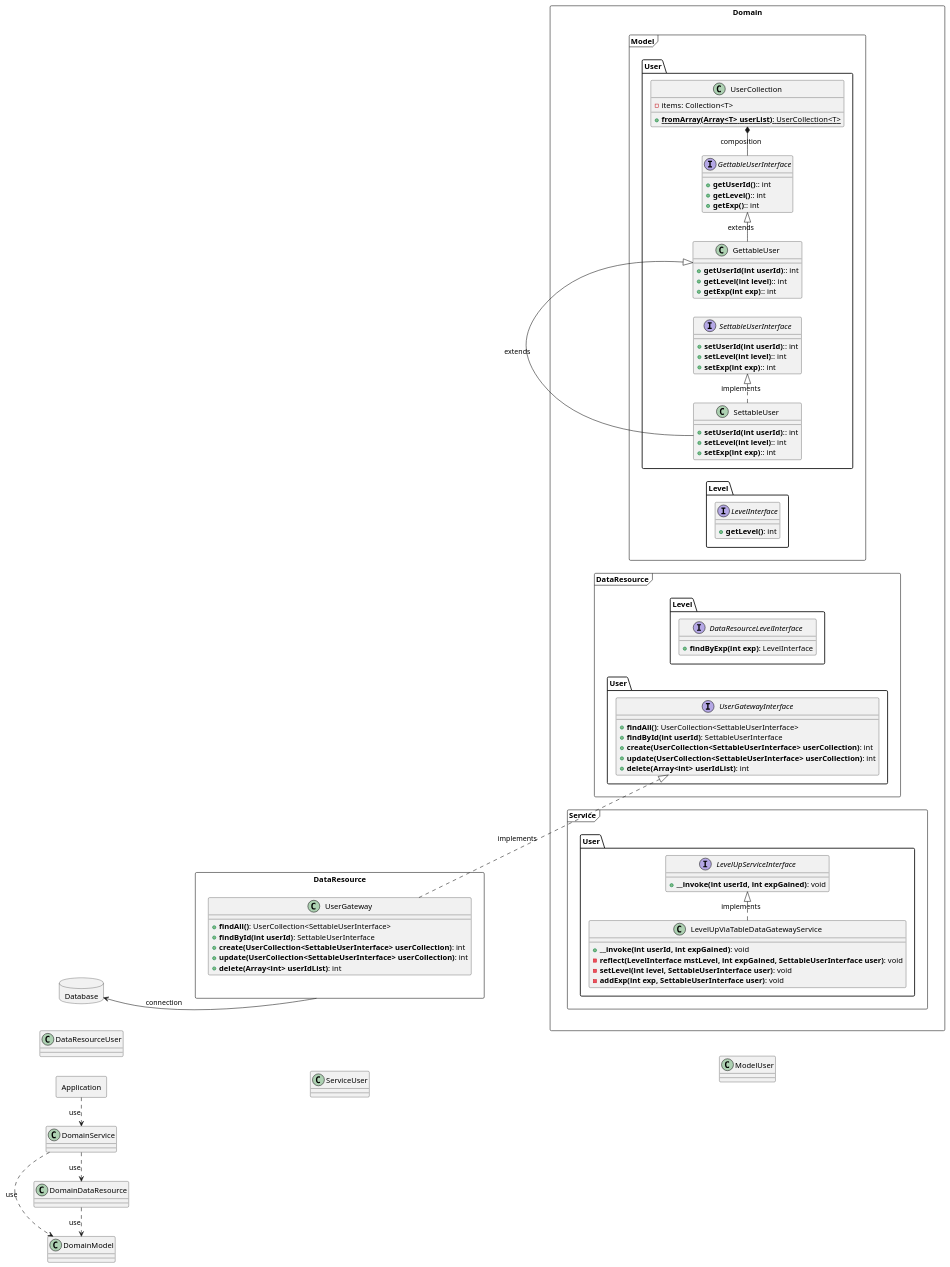
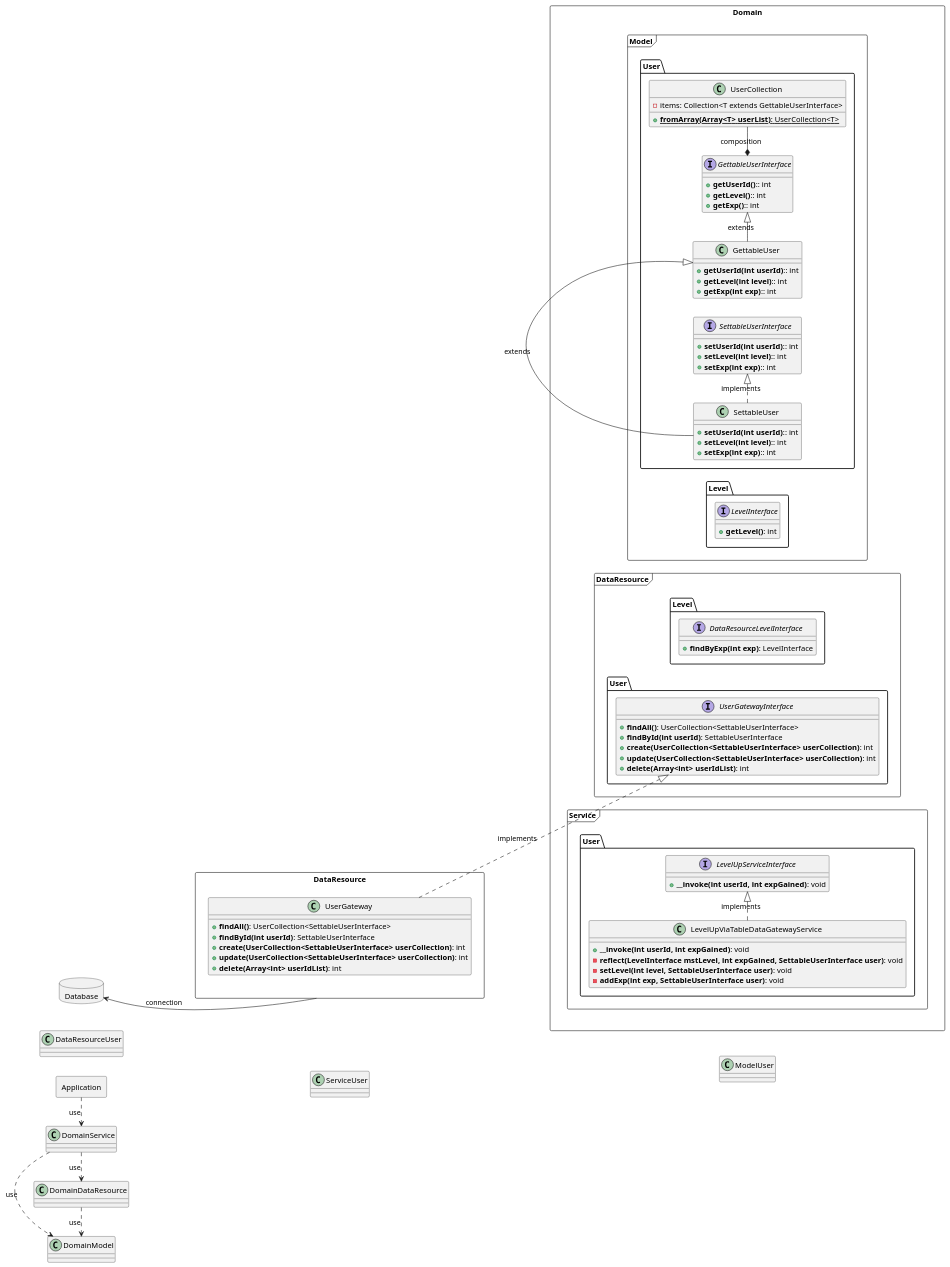
The diagram in src/puml/classDiagram/userTableDataGateway.puml (mexican-particles/mogmog), drawn with PlantUML before and after one commit. The commit also changed 11 other files, not shown here.

```diff
--- a/src/puml/classDiagram/userTableDataGateway.puml
+++ b/src/puml/classDiagram/userTableDataGateway.puml
@@ -1,120 +1,120 @@
 @startuml
 'https://plantuml.com/class-diagram
 
 left to right direction
 
 Application --[hidden]down> ServiceUser
 Domain --[hidden]up> DataResource
 DataResource --[hidden]up> Database
 
 ServiceUser --[hidden]down> ModelUser
 ServiceUser --[hidden]up> DataResourceUser
 ModelUser --[hidden]up> DataResourceUser
 
 Application .> DomainService: use
 DomainService .> DomainDataResource: use
 DomainService .> DomainModel: use
 DomainDataResource .> DomainModel: use
 
 package Application <<Rectangle>> {
 }
 
 package Domain <<Rectangle>> {
     package Model as DomainModel <<Frame>> {
         package User as ModelUser <<Folder>> {
             class UserCollection {
-                - items: Collection<T>
+                - items: Collection<T extends GettableUserInterface>
                 + {static} **fromArray(Array<T> userList)**: UserCollection<T>
             }
 
             interface GettableUserInterface {
                 + **getUserId()**:: int
                 + **getLevel()**:: int
                 + **getExp()**:: int
             }
 
             class GettableUser {
                 + **getUserId(int userId)**:: int
                 + **getLevel(int level)**:: int
                 + **getExp(int exp)**:: int
             }
 
             interface SettableUserInterface {
                 + **setUserId(int userId)**:: int
                 + **setLevel(int level)**:: int
                 + **setExp(int exp)**:: int
             }
 
             class SettableUser {
                 + **setUserId(int userId)**:: int
                 + **setLevel(int level)**:: int
                 + **setExp(int exp)**:: int
             }
         }
 
         package Level as ModelLevel <<Folder>> {
             interface LevelInterface {
                 + **getLevel()**: int
             }
         }
     }
 
     package DataResource as DomainDataResource <<Frame>> {
         package Level as DataResourceLevel <<Folder>> {
             interface DataResourceLevelInterface {
                 + **findByExp(int exp)**: LevelInterface
             }
         }
         package User as DataResourceUser <<Folder>> {
             interface UserGatewayInterface {
                 + **findAll()**: UserCollection<SettableUserInterface>
                 + **findById(int userId)**: SettableUserInterface
                 + **create(UserCollection<SettableUserInterface> userCollection)**: int
                 + **update(UserCollection<SettableUserInterface> userCollection)**: int
                 + **delete(Array<int> userIdList)**: int
             }
         }
     }
 
     package Service as DomainService <<Frame>> {
         package User as ServiceUser <<Folder>> {
             interface LevelUpServiceInterface {
                 + **__invoke(int userId, int expGained)**: void
             }
 
             class LevelUpViaTableDataGatewayService {
                 + **__invoke(int userId, int expGained)**: void
                 - **reflect(LevelInterface mstLevel, int expGained, SettableUserInterface user)**: void
                 - **setLevel(int level, SettableUserInterface user)**: void
                 - **addExp(int exp, SettableUserInterface user)**: void
             }
         }
     }
 }
 
 package DataResource <<Rectangle>> {
     class UserGateway {
         + **findAll()**: UserCollection<SettableUserInterface>
         + **findById(int userId)**: SettableUserInterface
         + **create(UserCollection<SettableUserInterface> userCollection)**: int
         + **update(UserCollection<SettableUserInterface> userCollection)**: int
         + **delete(Array<int> userIdList)**: int
     }
 }
 
 LevelUpViaTableDataGatewayService .|> LevelUpServiceInterface: implements
 
-GettableUserInterface -* UserCollection: composition
+GettableUserInterface *- UserCollection: composition
 
 GettableUser -|> GettableUserInterface: extends
 SettableUser .|> SettableUserInterface: implements
 SettableUser -|> GettableUser: extends
 
 UserGateway .|> UserGatewayInterface : implements
 
 package Database <<Database>> {
 }
 
 DataResource -down-> Database: connection
 
 @enduml
```
